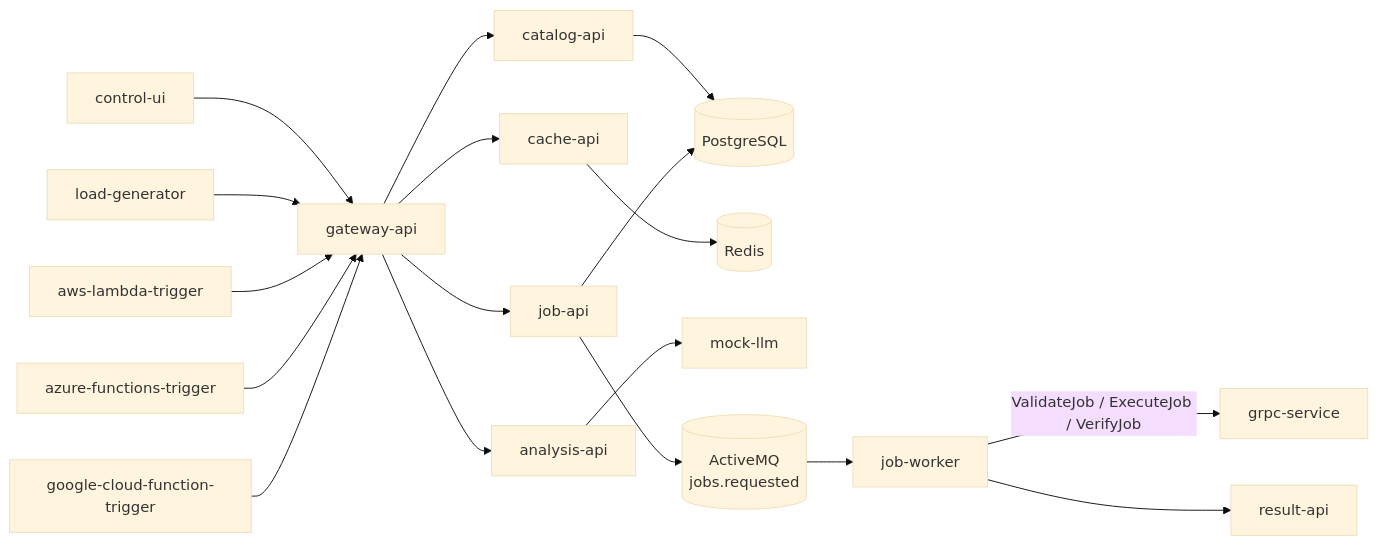
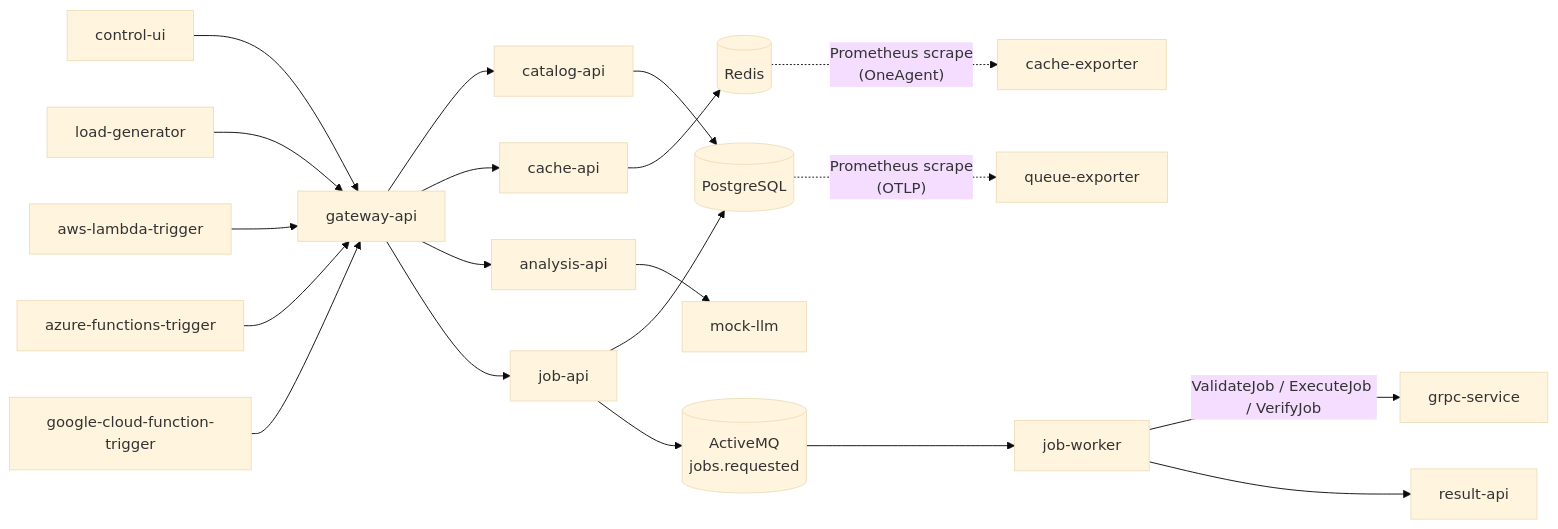
Before and after one commit to tristanmarl/obs-demo: the diagram in docs/architecture.md, drawn with Mermaid (base theme). The commit also changed other lines of this file and 25 other files, not shown here.

````diff
--- a/docs/architecture.md
+++ b/docs/architecture.md
@@ -5,22 +5,25 @@
 ```mermaid
 flowchart LR
   control["control-ui"] --> gateway["gateway-api"]
   load["load-generator"] --> gateway
   aws["aws-lambda-trigger"] --> gateway
   azure["azure-functions-trigger"] --> gateway
   google["google-cloud-function-trigger"] --> gateway
 
   gateway --> catalog["catalog-api"]
   catalog --> postgres[("PostgreSQL")]
   gateway --> cache["cache-api"]
   cache --> redis[("Redis")]
   gateway --> analysis["analysis-api"]
   analysis --> llm["mock-llm"]
 
   gateway --> job["job-api"]
   job --> postgres
   job --> broker[("ActiveMQ\njobs.requested")]
   broker --> worker["job-worker"]
   worker -->|"ValidateJob / ExecuteJob / VerifyJob"| grpc["grpc-service"]
   worker --> result["result-api"]
+
+  redis -.->|"Prometheus scrape\n(OneAgent)"| cexp["cache-exporter"]
+  postgres -.->|"Prometheus scrape\n(OTLP)"| qexp["queue-exporter"]
 ```
````
